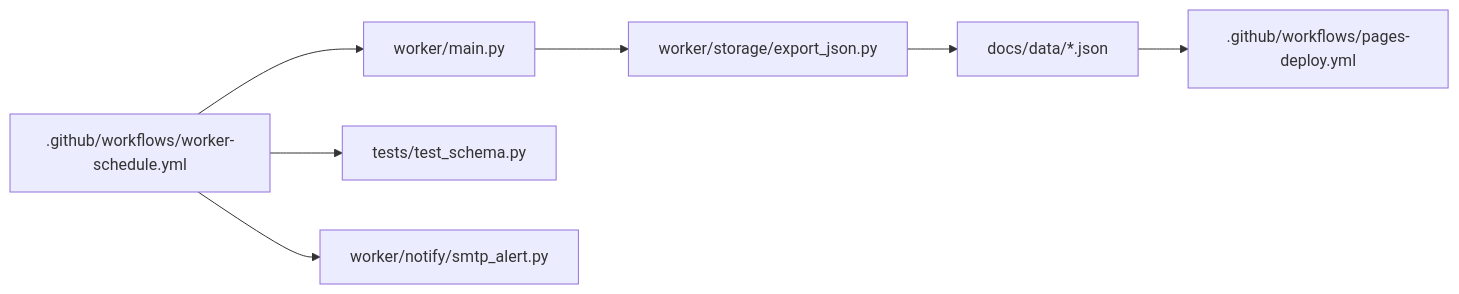
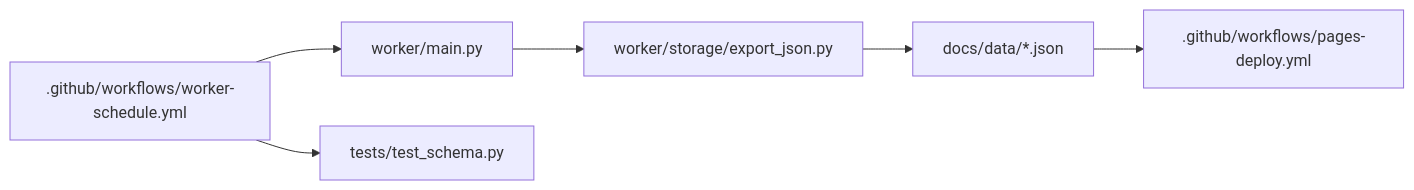
Before and after one commit to shakthi-vinayak/news: the third of 3 diagrams in .qoder/repowiki/en/content/Automation and Deployment/GitHub Actions Workflows.md, drawn with Mermaid. The commit also changed other lines of this file and 37 other files, not shown here.

````diff
--- a/.qoder/repowiki/en/content/Automation and Deployment/GitHub Actions Workflows.md
+++ b/.qoder/repowiki/en/content/Automation and Deployment/GitHub Actions Workflows.md
@@ -246,9 +251,8 @@
 ```mermaid
 graph LR
 WS[".github/workflows/worker-schedule.yml"] --> MAIN["worker/main.py"]
 MAIN --> EX["worker/storage/export_json.py"]
 EX --> DATA["docs/data/*.json"]
 DATA --> PD[".github/workflows/pages-deploy.yml"]
 WS --> TESTS["tests/test_schema.py"]
-WS --> SMTP["worker/notify/smtp_alert.py"]
 ```
````
